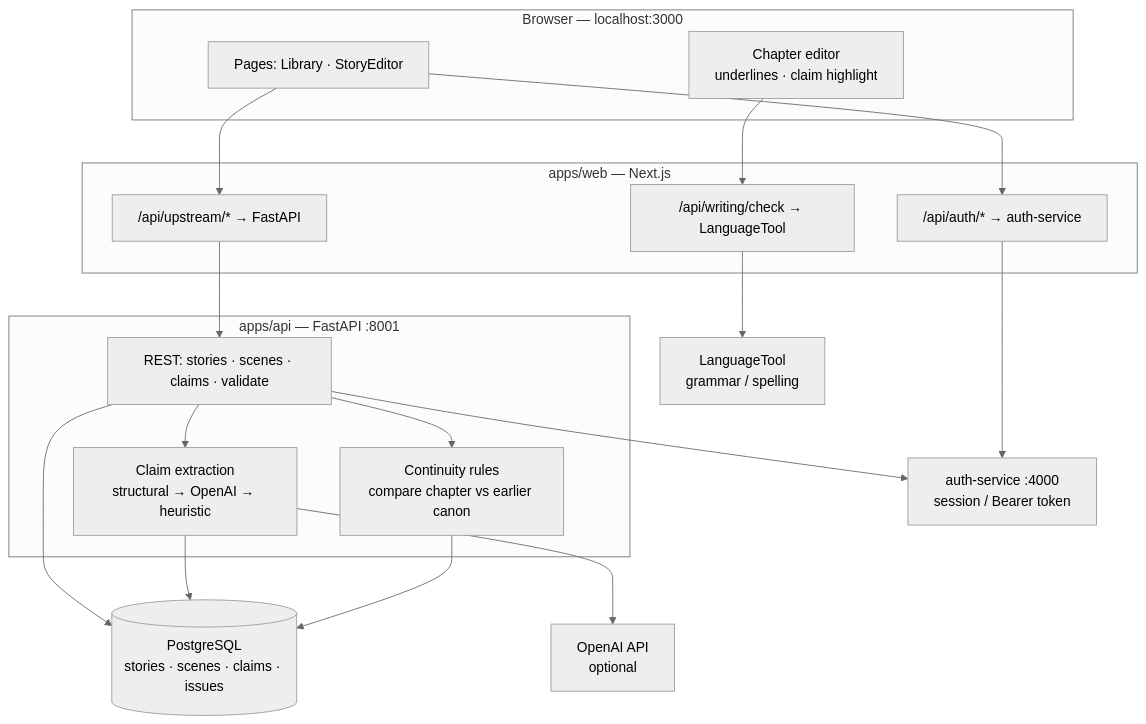
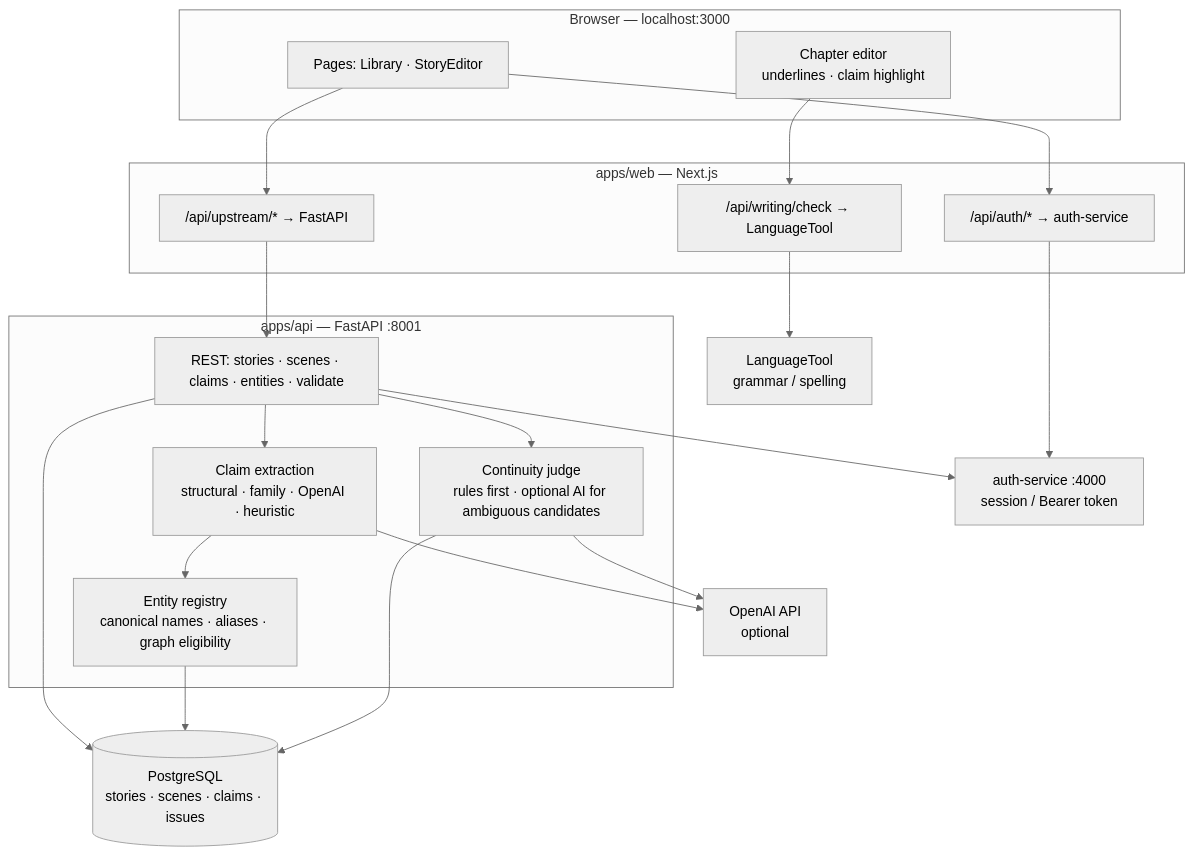
One commit to niharika06oct/inferStories changed the first of 3 diagrams in README.md. Above: the diagram before and after it, drawn with Mermaid (neutral theme). The commit also changed other lines of this file and 1 other file, not shown here.

````diff
--- a/README.md
+++ b/README.md
@@ -181,33 +195,35 @@
 ```mermaid
 flowchart TB
     subgraph Browser["Browser — localhost:3000"]
         Pages["Pages: Library · StoryEditor"]
         Editor["Chapter editor<br/>underlines · claim highlight"]
     end
 
     subgraph Web["apps/web — Next.js"]
         Upstream["/api/upstream/* → FastAPI"]
         AuthRoute["/api/auth/* → auth-service"]
         LTProxy["/api/writing/check → LanguageTool"]
     end
 
     subgraph Backend["apps/api — FastAPI :8001"]
-        API["REST: stories · scenes · claims · validate"]
-        Extract["Claim extraction<br/>structural → OpenAI → heuristic"]
-        Canon["Continuity rules<br/>compare chapter vs earlier canon"]
+        API["REST: stories · scenes · claims · entities · validate"]
+        Extract["Claim extraction<br/>structural · family · OpenAI · heuristic"]
+        Registry["Entity registry<br/>canonical names · aliases · graph eligibility"]
+        Canon["Continuity judge<br/>rules first · optional AI for ambiguous candidates"]
     end
 
     AuthSvc["auth-service :4000<br/>session / Bearer token"]
     DB[(PostgreSQL<br/>stories · scenes · claims · issues)]
     OpenAI["OpenAI API<br/>optional"]
     LT["LanguageTool<br/>grammar / spelling"]
 
     Pages --> Upstream --> API
     Pages --> AuthRoute --> AuthSvc
     Editor --> LTProxy --> LT
     API --> AuthSvc
     API --> DB
-    API --> Extract --> DB
+    API --> Extract --> Registry --> DB
     API --> Canon --> DB
     Extract --> OpenAI
+    Canon --> OpenAI
 ```
````
